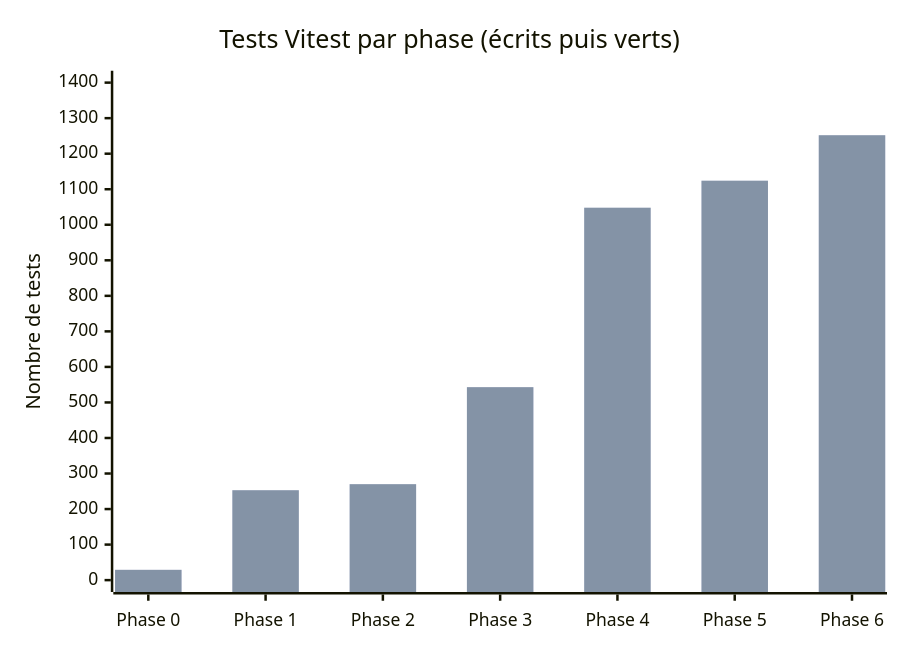
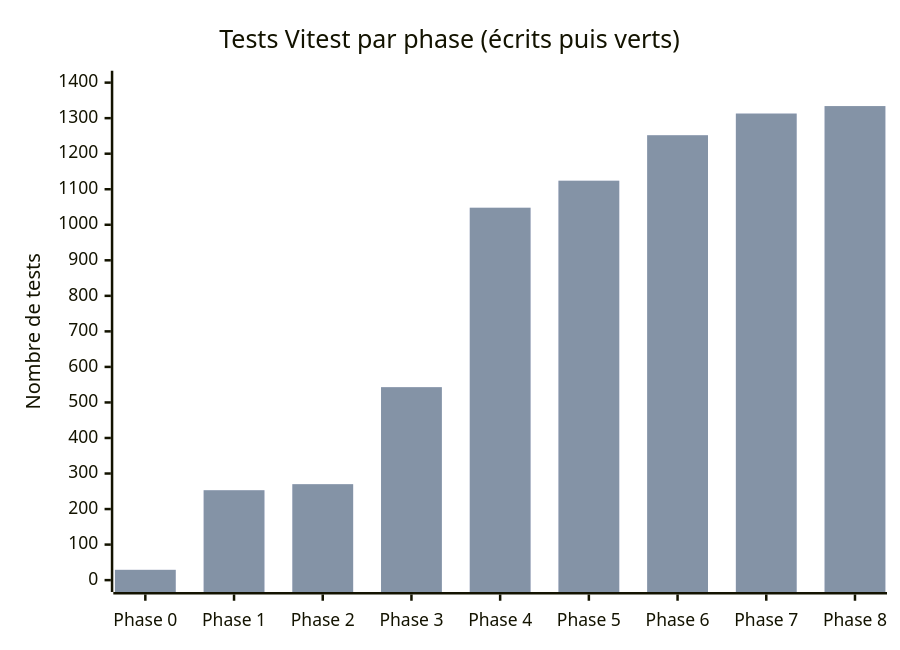
One commit to lyon32/lyonpanel changed the fifth of 5 diagrams in docs/reports/TABLEAU-DE-BORD.md. Above: the diagram before and after it, drawn with Mermaid. The commit also changed other lines of this file and 238 other files, not shown here.

````diff
--- a/docs/reports/TABLEAU-DE-BORD.md
+++ b/docs/reports/TABLEAU-DE-BORD.md
@@ -127,8 +131,8 @@
 ```mermaid
 xychart-beta
   title "Tests Vitest par phase (écrits puis verts)"
-  x-axis ["Phase 0", "Phase 1", "Phase 2", "Phase 3", "Phase 4", "Phase 5", "Phase 6"]
+  x-axis ["Phase 0", "Phase 1", "Phase 2", "Phase 3", "Phase 4", "Phase 5", "Phase 6", "Phase 7", "Phase 8"]
   y-axis "Nombre de tests" 0 --> 1400
-  bar [29, 253, 270, 543, 1048, 1124, 1252]
-  bar [29, 253, 270, 543, 1048, 1124, 1252]
+  bar [29, 253, 270, 543, 1048, 1124, 1252, 1313, 1334]
+  bar [29, 253, 270, 543, 1048, 1124, 1252, 1313, 1334]
 ```
````
